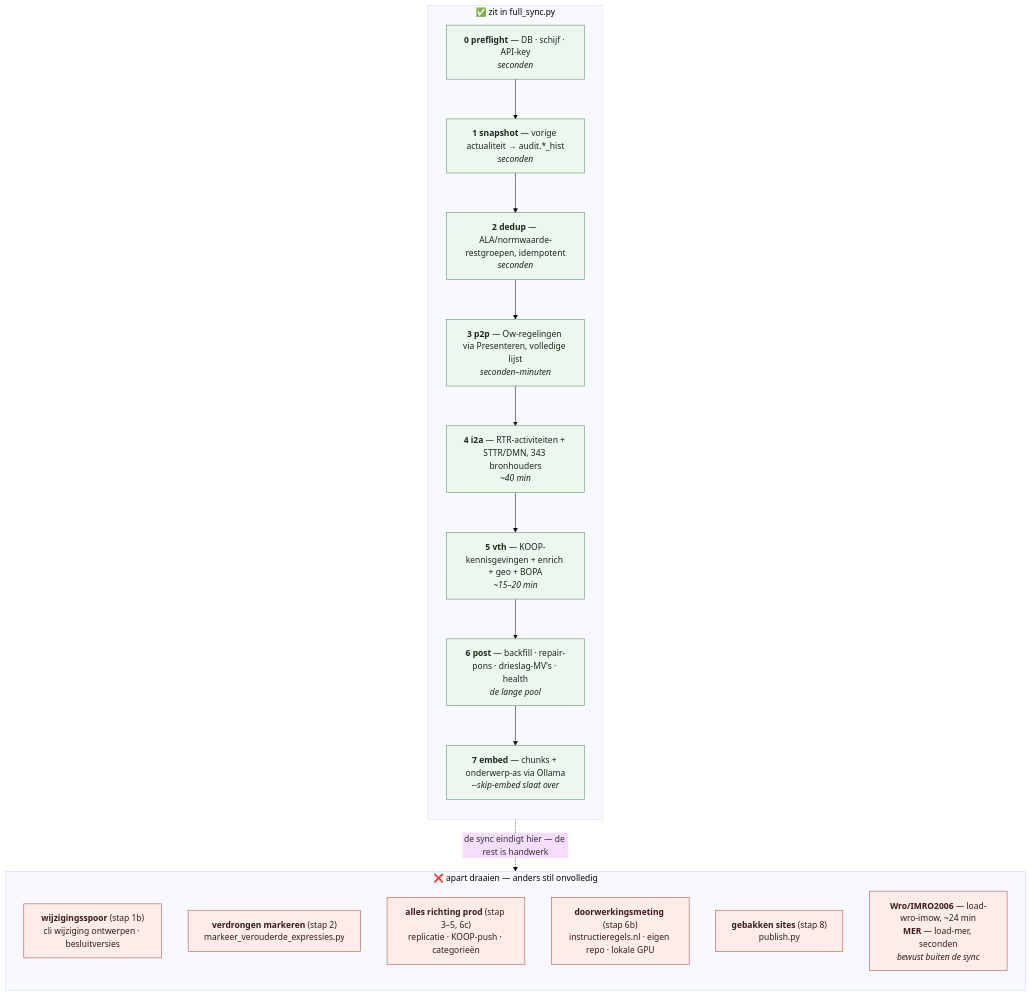
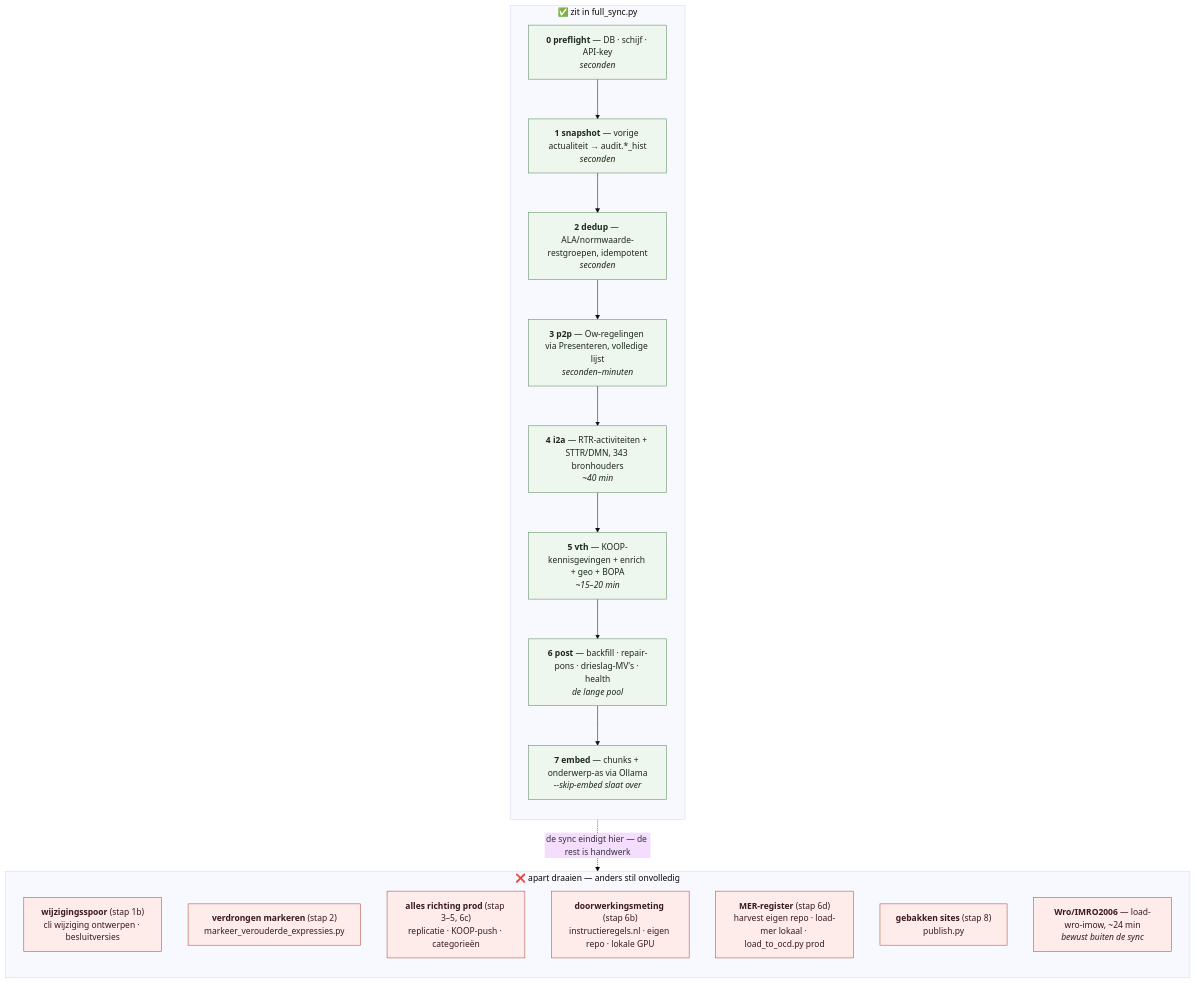
One commit to RicharddeGraaf1/OCD changed the third of 10 diagrams in docs/synchronisatie-overzicht.md. Above: the diagram before and after it, drawn with Mermaid (base theme). The commit also changed 3 other files, not shown here.

````diff
--- a/docs/synchronisatie-overzicht.md
+++ b/docs/synchronisatie-overzicht.md
@@ -188,32 +188,33 @@
 ```mermaid
 flowchart TB
   subgraph IN["✅ zit in full_sync.py"]
     direction TB
     F0["<b>0 preflight</b> — DB · schijf · API-key<br/><i>seconden</i>"]
     F1["<b>1 snapshot</b> — vorige actualiteit → audit.*_hist<br/><i>seconden</i>"]
     F2["<b>2 dedup</b> — ALA/normwaarde-restgroepen, idempotent<br/><i>seconden</i>"]
     F3["<b>3 p2p</b> — Ow-regelingen via Presenteren, volledige lijst<br/><i>seconden–minuten</i>"]
     F4["<b>4 i2a</b> — RTR-activiteiten + STTR/DMN, 343 bronhouders<br/><i>~40 min</i>"]
     F5["<b>5 vth</b> — KOOP-kennisgevingen + enrich + geo + BOPA<br/><i>~15–20 min</i>"]
     F6["<b>6 post</b> — backfill · repair-pons · drieslag-MV's · health<br/><i>de lange pool</i>"]
     F7["<b>7 embed</b> — chunks + onderwerp-as via Ollama<br/><i>--skip-embed slaat over</i>"]
     F0 --> F1 --> F2 --> F3 --> F4 --> F5 --> F6 --> F7
   end
 
   subgraph UIT["❌ apart draaien — anders stil onvolledig"]
     direction TB
     U1["<b>wijzigingsspoor</b> (stap 1b)<br/>cli wijziging ontwerpen · besluitversies"]
     U2["<b>verdrongen markeren</b> (stap 2)<br/>markeer_verouderde_expressies.py"]
     U3["<b>alles richting prod</b> (stap 3–5, 6c)<br/>replicatie · KOOP-push · categorieën"]
     U4["<b>doorwerkingsmeting</b> (stap 6b)<br/>instructieregels.nl · eigen repo · lokale GPU"]
+    U4b["<b>MER-register</b> (stap 6d)<br/>harvest eigen repo · load-mer lokaal · load_to_ocd.py prod"]
     U5["<b>gebakken sites</b> (stap 8)<br/>publish.py"]
-    U6["<b>Wro/IMRO2006</b> — load-wro-imow, ~24 min<br/><b>MER</b> — load-mer, seconden<br/><i>bewust buiten de sync</i>"]
+    U6["<b>Wro/IMRO2006</b> — load-wro-imow, ~24 min<br/><i>bewust buiten de sync</i>"]
   end
 
   IN -.->|"de sync eindigt hier — de rest is handwerk"| UIT
 
   classDef in fill:#eef7ee,stroke:#5a8a5a,color:#1a2a1a
   classDef uit fill:#fdecea,stroke:#b04a3a,color:#3a1a1a
   class F0,F1,F2,F3,F4,F5,F6,F7 in
-  class U1,U2,U3,U4,U5,U6 uit
+  class U1,U2,U3,U4,U4b,U5,U6 uit
 ```
````
